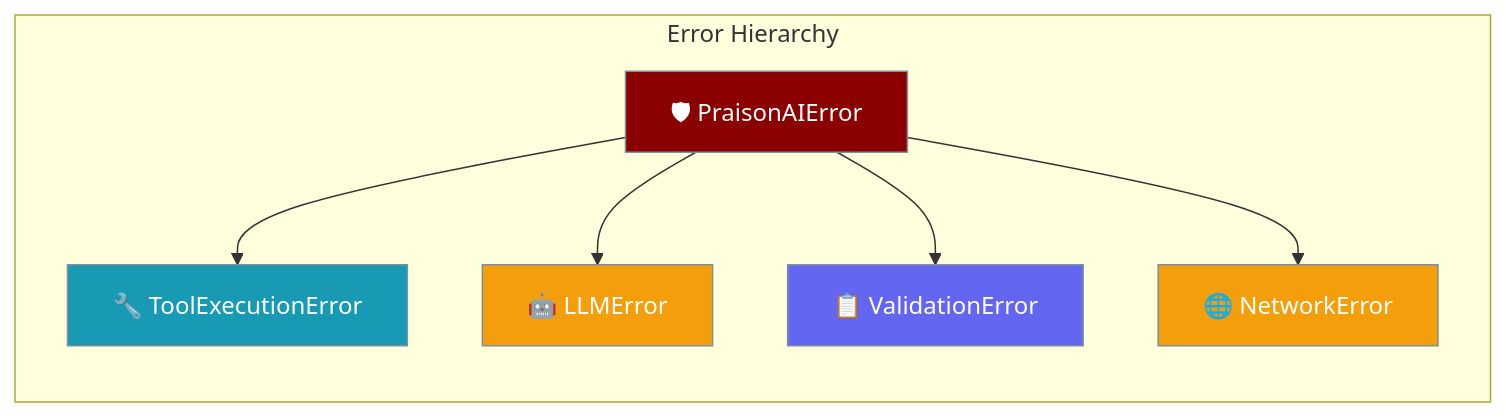
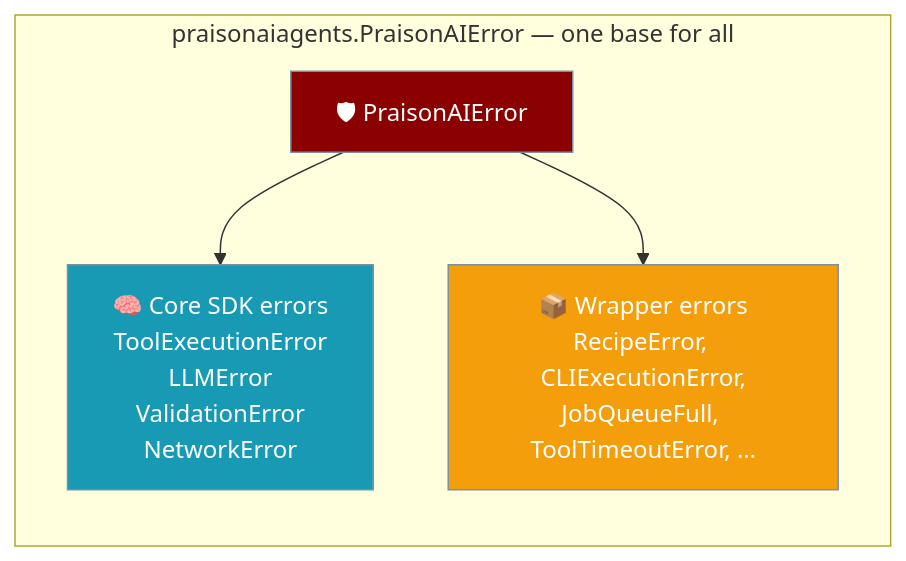
Before and after one commit to MervinPraison/PraisonAIDocs: the first of 4 diagrams in docs/features/error-handling.mdx, drawn with Mermaid. The commit also changed other lines of this file, not shown here.

Commit message:
fix: document praisonai.* wrapper exceptions under PraisonAIError (fixes #4888)

````diff
--- a/docs/features/error-handling.mdx
+++ b/docs/features/error-handling.mdx
@@ -23,24 +23,16 @@
 ```mermaid
 graph LR
-    subgraph "Error Hierarchy"
+    subgraph "praisonaiagents.PraisonAIError — one base for all"
         Base[🛡 PraisonAIError]
-        Base --> Tool[🔧 ToolExecutionError]
-        Base --> LLM[🤖 LLMError]
-        Base --> Val[📋 ValidationError]
-        Base --> Net[🌐 NetworkError]
+        Base --> Core[🧠 Core SDK errors<br/>ToolExecutionError<br/>LLMError<br/>ValidationError<br/>NetworkError]
+        Base --> Wrap[📦 Wrapper errors<br/>RecipeError, CLIExecutionError,<br/>JobQueueFull, ToolTimeoutError, …]
     end
 
     classDef base fill:#8B0000,stroke:#7C90A0,color:#fff
-    classDef tool fill:#189AB4,stroke:#7C90A0,color:#fff
-    classDef err fill:#F59E0B,stroke:#7C90A0,color:#fff
-    classDef cfg fill:#6366F1,stroke:#7C90A0,color:#fff
+    classDef core fill:#189AB4,stroke:#7C90A0,color:#fff
+    classDef wrap fill:#F59E0B,stroke:#7C90A0,color:#fff
 
     class Base base
-    class Tool tool
-    class LLM,Net err
-    class Val cfg
-
-    classDef agent fill:#8B0000,color:#fff
-
-    classDef tool fill:#189AB4,color:#fff
+    class Core core
+    class Wrap wrap
 ```
````
